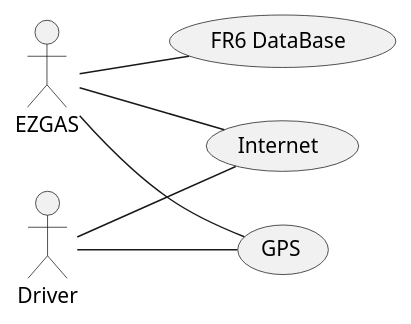
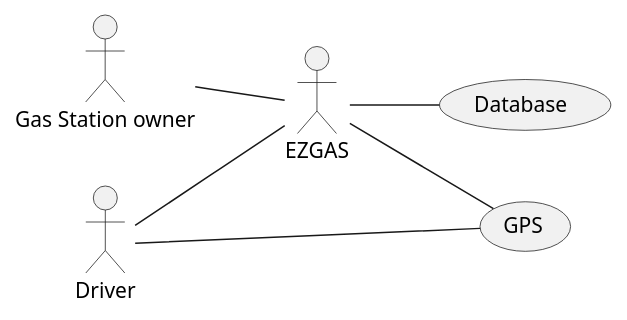
The second of 2 diagrams in REQ_s272561.md (SoftengPoliTo/Lab2), drawn with PlantUML before and after one commit. The commit also changed other lines of this file and 1 other file, not shown here.

````diff
--- a/REQ_s272561.md
+++ b/REQ_s272561.md
@@ -128,13 +115,11 @@
-@startuml
+```plantuml
 left to right direction
 actor EZGAS as a
-a -- (FR6 DataBase)
+a -- (Database)
 a -- (GPS)
-a -- (Internet)
-
-
-actor Driver as c
-c -- (Internet)
-c -- (GPS)
-
-@enduml
+actor "Gas Station owner"  as c
+c -- a
+actor Driver as b
+b -- a
+b -- (GPS)
+```
````
